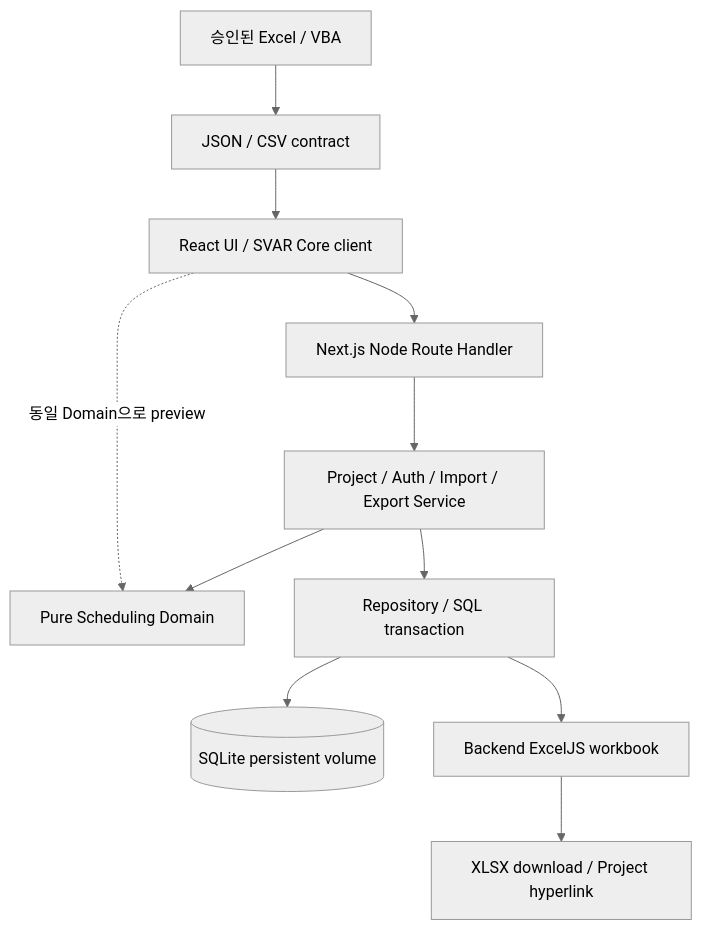
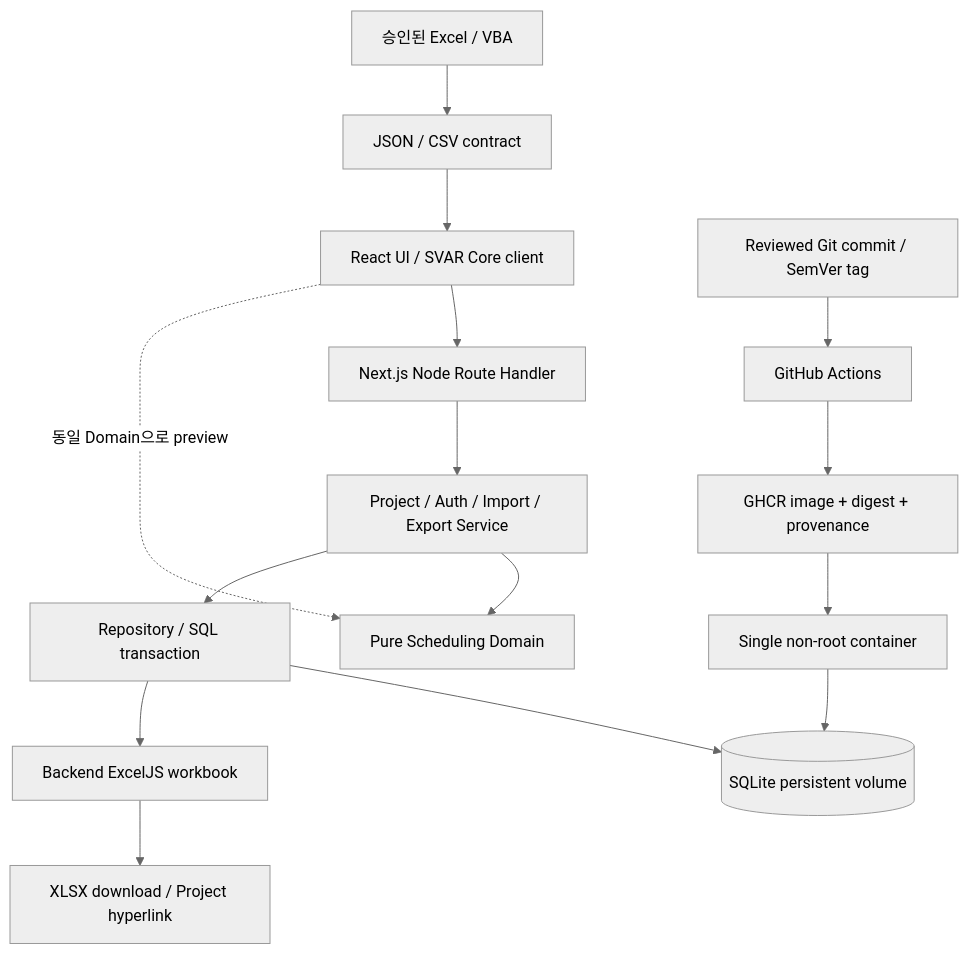
Before and after one commit to planner77/masterGantt: the diagram in docs/ARCHITECTURE.md, drawn with Mermaid (neutral theme). The commit also changed other lines of this file and 42 other files, not shown here.

````diff
--- a/docs/ARCHITECTURE.md
+++ b/docs/ARCHITECTURE.md
@@ -7,13 +7,17 @@
 ```mermaid
 flowchart TD
   Browser[React UI / SVAR Core client] --> API[Next.js Node Route Handler]
   API --> Service[Project / Auth / Import / Export Service]
   Service --> Domain[Pure Scheduling Domain]
   Service --> Repo[Repository / SQL transaction]
   Repo --> DB[(SQLite persistent volume)]
+  Git[Reviewed Git commit / SemVer tag] --> Actions[GitHub Actions]
+  Actions --> GHCR[GHCR image + digest + provenance]
+  GHCR --> Runtime[Single non-root container]
+  Runtime --> DB
   Browser -. 동일 Domain으로 preview .-> Domain
   Excel[승인된 Excel / VBA] --> File[JSON / CSV contract]
   File --> Browser
   Repo --> Export[Backend ExcelJS workbook]
   Export --> XLSX[XLSX download / Project hyperlink]
 ```
````
